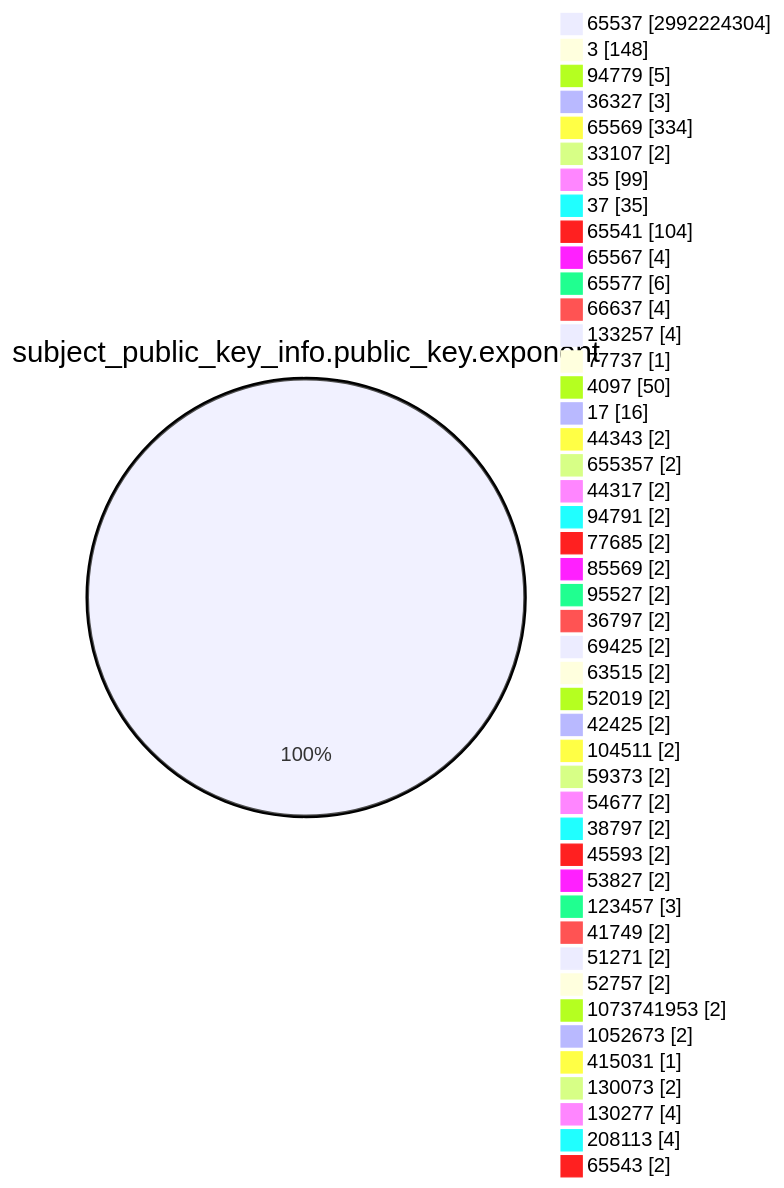
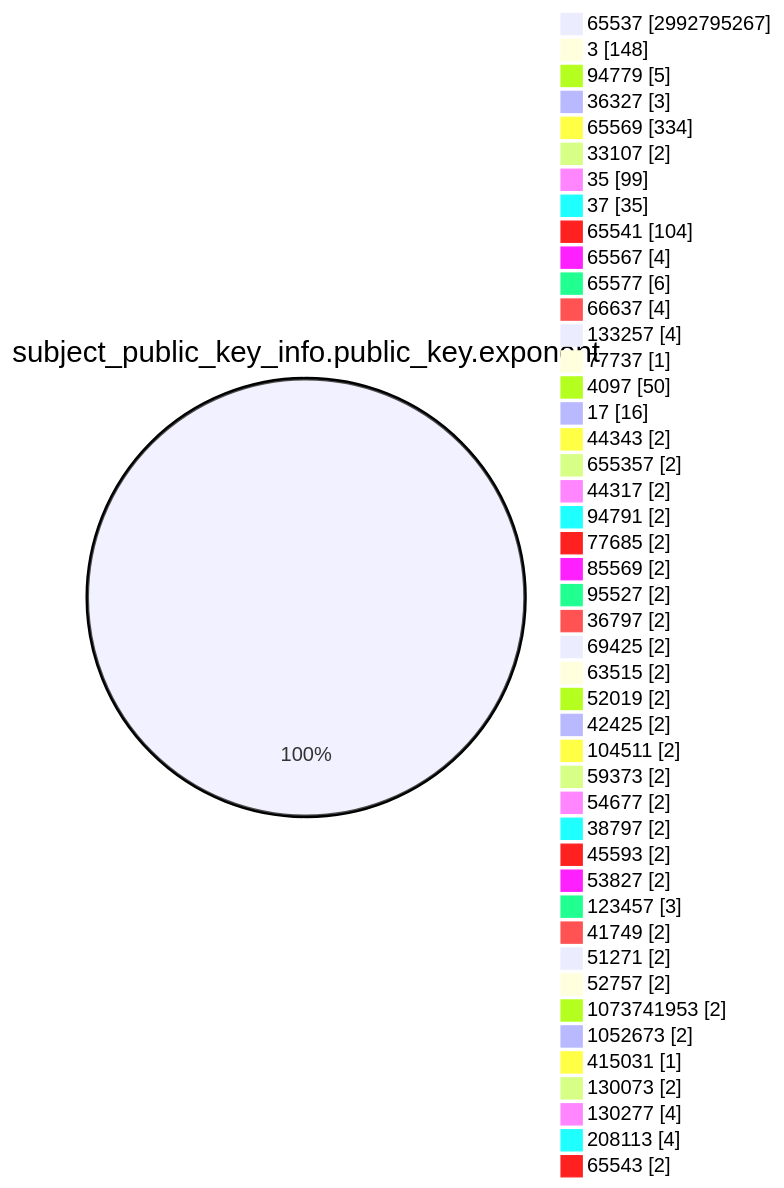
Before and after one commit to christiankrug/ctmonitor_visualization: the fourth of 15 diagrams in TOTAL/README.md, drawn with Mermaid. The commit also changed other lines of this file, not shown here.

````diff
--- a/TOTAL/README.md
+++ b/TOTAL/README.md
@@ -1472,49 +1472,49 @@
 ```mermaid
 pie showData
 title subject_public_key_info.public_key.exponent
-"65537" :2992224304
+"65537" :2992795267
 "3" :148
 "94779" :5
 "36327" :3
 "65569" :334
 "33107" :2
 "35" :99
 "37" :35
 "65541" :104
 "65567" :4
 "65577" :6
 "66637" :4
 "133257" :4
 "77737" :1
 "4097" :50
 "17" :16
 "44343" :2
 "655357" :2
 "44317" :2
 "94791" :2
 "77685" :2
 "85569" :2
 "95527" :2
 "36797" :2
 "69425" :2
 "63515" :2
 "52019" :2
 "42425" :2
 "104511" :2
 "59373" :2
 "54677" :2
 "38797" :2
 "45593" :2
 "53827" :2
 "123457" :3
 "41749" :2
 "51271" :2
 "52757" :2
 "1073741953" :2
 "1052673" :2
 "415031" :1
 "130073" :2
 "130277" :4
 "208113" :4
 "65543" :2
 ```
````
